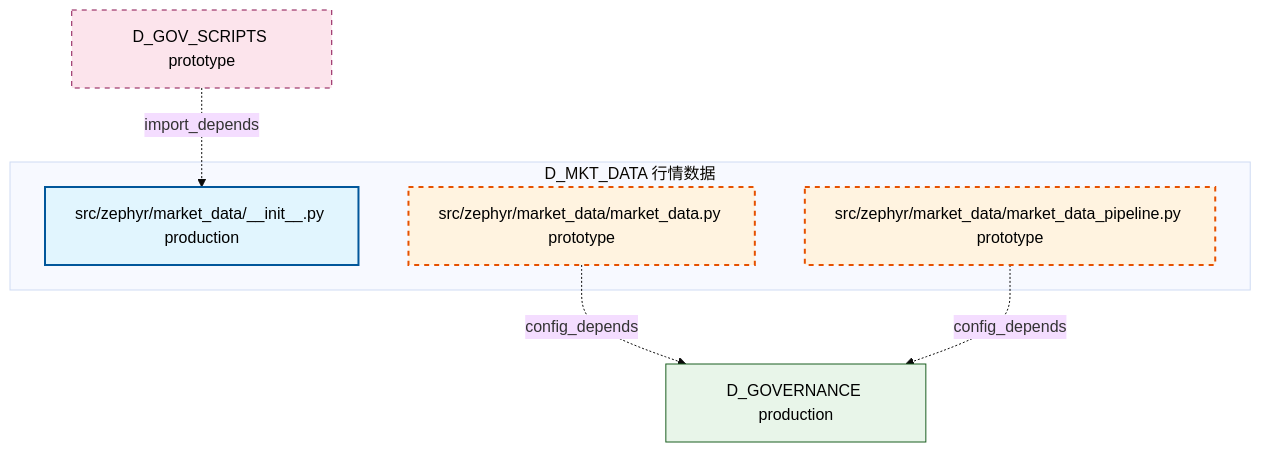
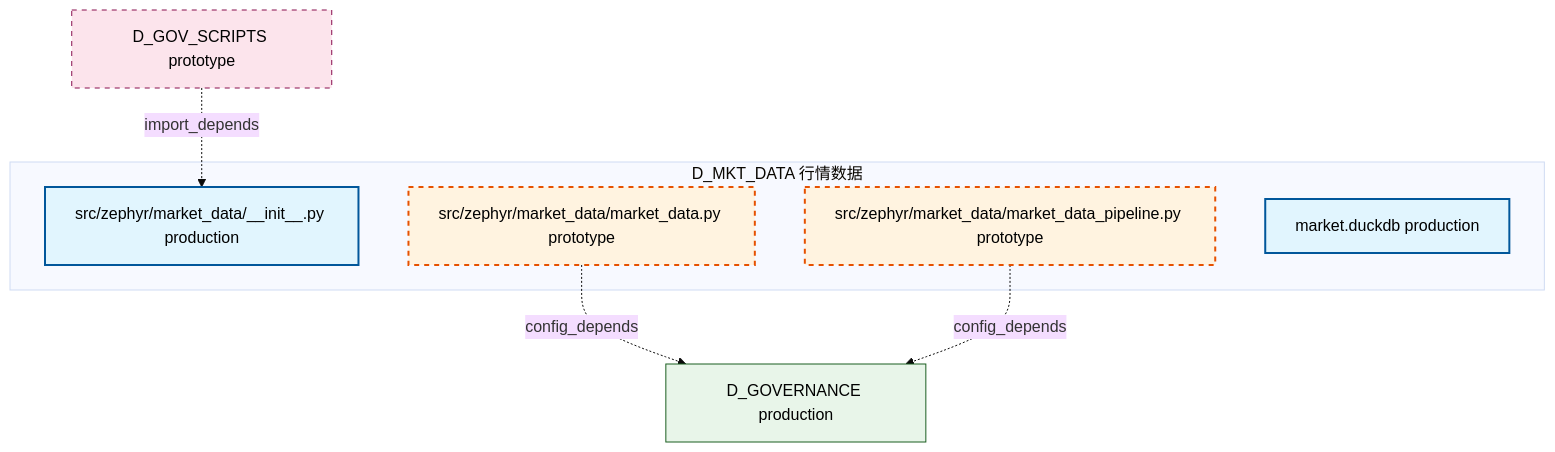
Before and after one commit to xuanFelixVan/ZephyrAlpha: the diagram in docs/02_enterprise_architecture/02_domain_architecture_docs/15_d_mkt_data.md, drawn with Mermaid (base theme). The commit also changed other lines of this file and 105 other files, not shown here.

````diff
--- a/docs/02_enterprise_architecture/02_domain_architecture_docs/15_d_mkt_data.md
+++ b/docs/02_enterprise_architecture/02_domain_architecture_docs/15_d_mkt_data.md
@@ -47,21 +47,22 @@
 ```mermaid
 graph TD
     subgraph D_MKT_DATA["D_MKT_DATA 行情数据"]
         src_zephyr_market_data_init_py["src/zephyr/market_data/__init__.py production"]
         src_zephyr_market_data_market_data_py["src/zephyr/market_data/market_data.py prototype"]
         src_zephyr_market_data_market_data_pipeline_py["src/zephyr/market_data/market_data_pipeline.py prototype"]
+        infrastructure_registry_yaml_INFRA_DB_005["market.duckdb production"]
     end
     D_GOVERNANCE["D_GOVERNANCE production"]
     src_zephyr_market_data_market_data_py -.->|config_depends| D_GOVERNANCE
     src_zephyr_market_data_market_data_pipeline_py -.->|config_depends| D_GOVERNANCE
     D_GOV_SCRIPTS["D_GOV_SCRIPTS prototype"]
     D_GOV_SCRIPTS -.->|import_depends| src_zephyr_market_data_init_py
     classDef production fill:#e1f5fe,stroke:#01579b,stroke-width:2px,color:#000
     classDef design fill:#fff3e0,stroke:#e65100,stroke-width:2px,color:#000,stroke-dasharray: 5 5
     classDef external_prod fill:#e8f5e9,stroke:#1b5e20,stroke-width:1px,color:#000
     classDef external_design fill:#fce4ec,stroke:#880e4f,stroke-width:1px,color:#000,stroke-dasharray: 5 5
-    class src_zephyr_market_data_init_py production
+    class src_zephyr_market_data_init_py,infrastructure_registry_yaml_INFRA_DB_005 production
     class src_zephyr_market_data_market_data_py,src_zephyr_market_data_market_data_pipeline_py design
     class D_GOVERNANCE external_prod
     class D_GOV_SCRIPTS external_design
 ```
````
